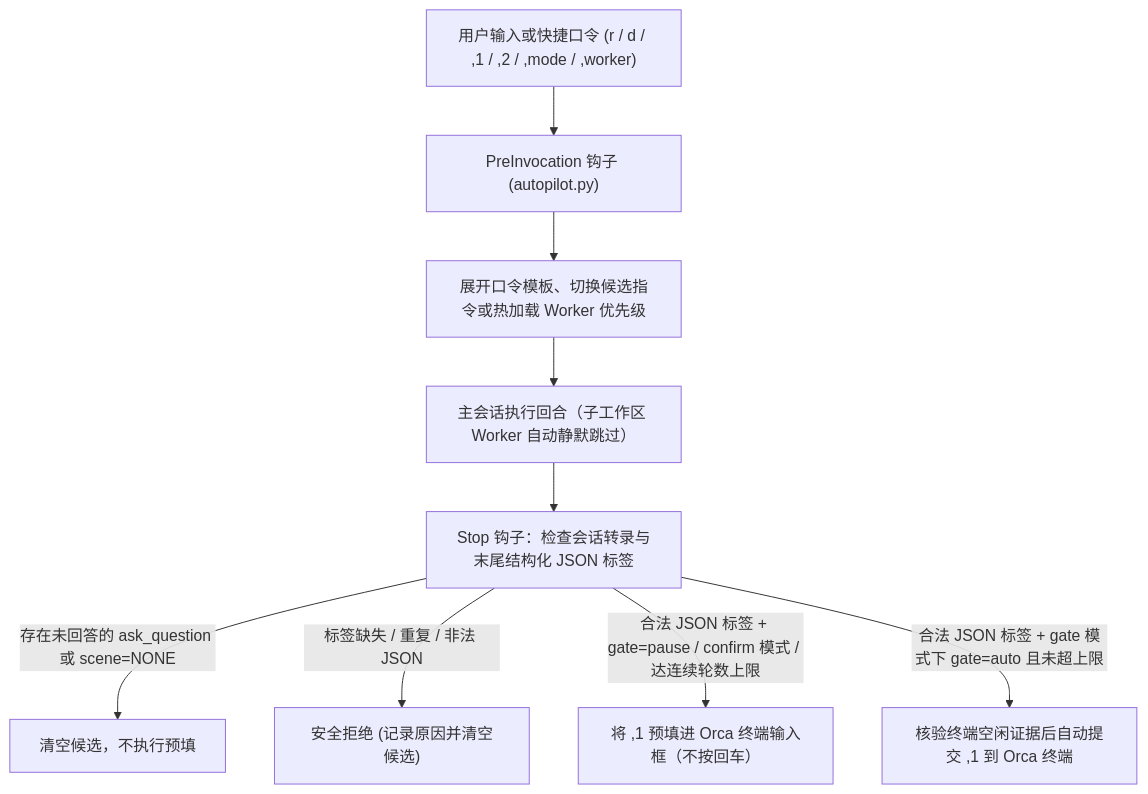
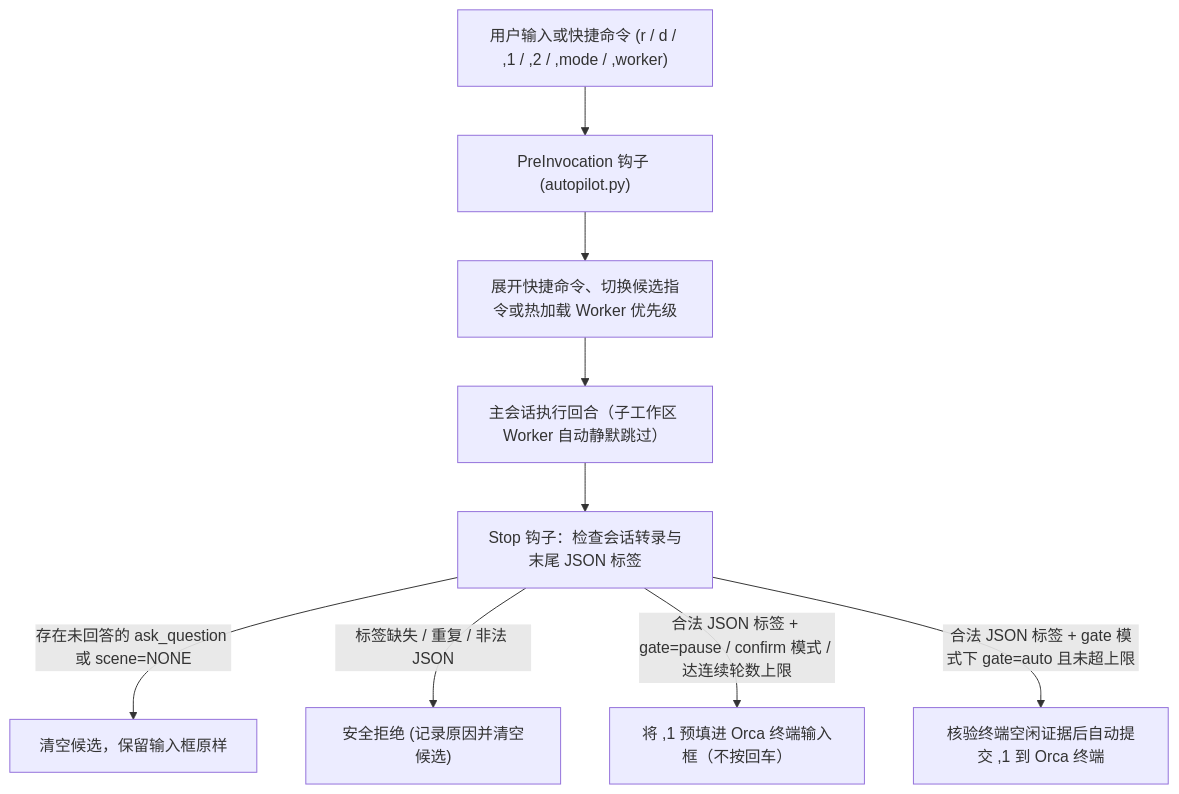
One commit to sensebeing/the-pilot changed the diagram in README.zh-CN.md. Above: the diagram before and after it, drawn with Mermaid. The commit also changed other lines of this file and 1 other file, not shown here.

Commit message:
docs(readme): lead with concrete terminal use cases before scene-based mechanics

````diff
--- a/README.zh-CN.md
+++ b/README.zh-CN.md
@@ -156,11 +106,11 @@
 ```mermaid
 flowchart TD
-    A["用户输入或快捷口令 (r / d / ,1 / ,2 / ,mode / ,worker)"] --> B["PreInvocation 钩子 (autopilot.py)"]
-    B --> C["展开口令模板、切换候选指令或热加载 Worker 优先级"]
+    A["用户输入或快捷命令 (r / d / ,1 / ,2 / ,mode / ,worker)"] --> B["PreInvocation 钩子 (autopilot.py)"]
+    B --> C["展开快捷命令、切换候选指令或热加载 Worker 优先级"]
     C --> D["主会话执行回合（子工作区 Worker 自动静默跳过）"]
-    D --> E["Stop 钩子：检查会话转录与末尾结构化 JSON 标签"]
-    E -->|存在未回答的 ask_question 或 scene=NONE| F["清空候选，不执行预填"]
+    D --> E["Stop 钩子：检查会话转录与末尾 JSON 标签"]
+    E -->|存在未回答的 ask_question 或 scene=NONE| F["清空候选，保留输入框原样"]
     E -->|标签缺失 / 重复 / 非法 JSON| G["安全拒绝 (记录原因并清空候选)"]
     E -->|合法 JSON 标签 + gate=pause / confirm 模式 / 达连续轮数上限| H["将 ,1 预填进 Orca 终端输入框（不按回车）"]
     E -->|合法 JSON 标签 + gate 模式下 gate=auto 且未超上限| I["核验终端空闲证据后自动提交 ,1 到 Orca 终端"]
 ```
````
